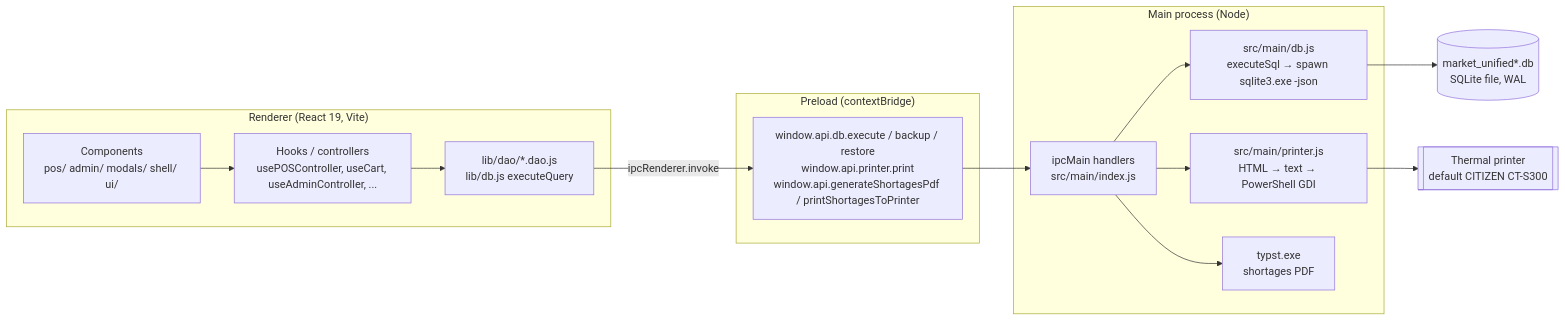
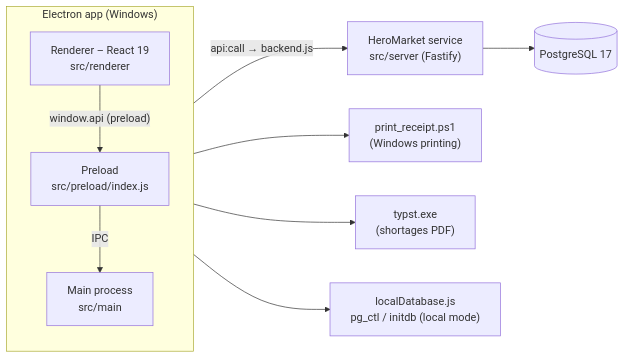
One commit to Youssef2508/hero-market changed the first of 3 diagrams in .docs/ARCHITECTURE.md. Above: the diagram before and after it, drawn with Mermaid. The commit also changed other lines of this file and 28 other files, not shown here.

First line of the commit message:
docs: PostgreSQL-era documentation set; permission-based till and shift dialogs; server refuses guessable first PINs

````diff
--- a/.docs/ARCHITECTURE.md
+++ b/.docs/ARCHITECTURE.md
@@ -18,24 +7,13 @@
 ```mermaid
 flowchart LR
-  subgraph Renderer["Renderer (React 19, Vite)"]
-    UI[Components<br/>pos/ admin/ modals/ shell/ ui/]
-    Hooks[Hooks / controllers<br/>usePOSController, useCart, useAdminController, ...]
-    DAO[lib/dao/*.dao.js<br/>lib/db.js executeQuery]
-    UI --> Hooks --> DAO
+  subgraph Electron["Electron app (Windows)"]
+    direction TB
+    R["Renderer – React 19<br/>src/renderer"] -->|"window.api (preload)"| P["Preload<br/>src/preload/index.js"]
+    P -->|"IPC"| M["Main process<br/>src/main"]
   end
-  subgraph Preload["Preload (contextBridge)"]
-    API["window.api.db.execute / backup / restore<br/>window.api.printer.print<br/>window.api.generateShortagesPdf / printShortagesToPrinter"]
-  end
-  subgraph Main["Main process (Node)"]
-    IPC[ipcMain handlers<br/>src/main/index.js]
-    DB[src/main/db.js<br/>executeSql → spawn sqlite3.exe -json]
-    PR[src/main/printer.js<br/>HTML → text → PowerShell GDI]
-    TY[typst.exe<br/>shortages PDF]
-  end
-  SQLite[(market_unified*.db<br/>SQLite file, WAL)]
-  Printer[[Thermal printer<br/>default CITIZEN CT-S300]]
-  DAO -->|ipcRenderer.invoke| API --> IPC
-  IPC --> DB --> SQLite
-  IPC --> PR --> Printer
-  IPC --> TY
+  M -->|"api:call → backend.js"| SVC["HeroMarket service<br/>src/server (Fastify)"]
+  SVC --> DB[("PostgreSQL 17")]
+  M --> PRN["print_receipt.ps1<br/>(Windows printing)"]
+  M --> TYP["typst.exe<br/>(shortages PDF)"]
+  M --> LDB["localDatabase.js<br/>pg_ctl / initdb (local mode)"]
 ```
````
